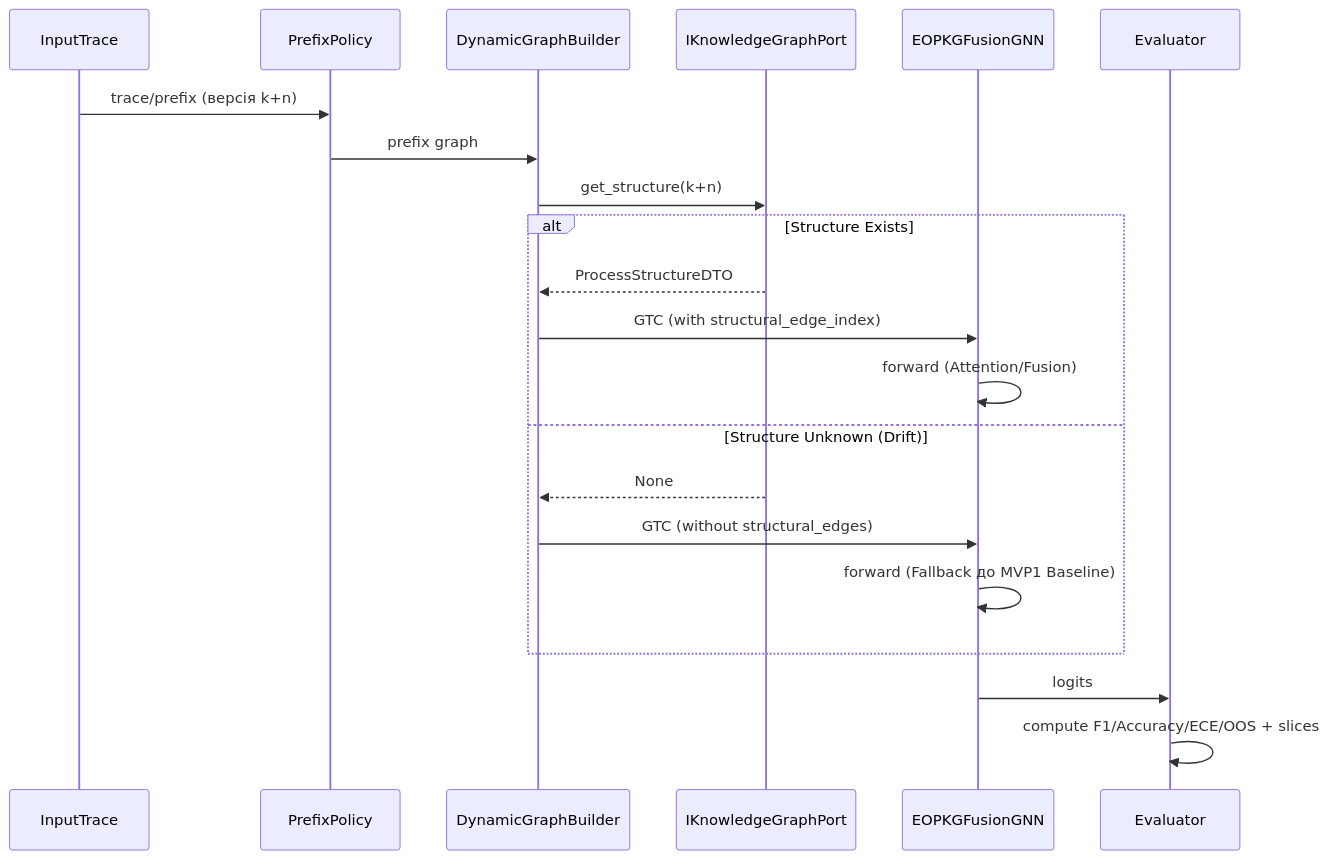
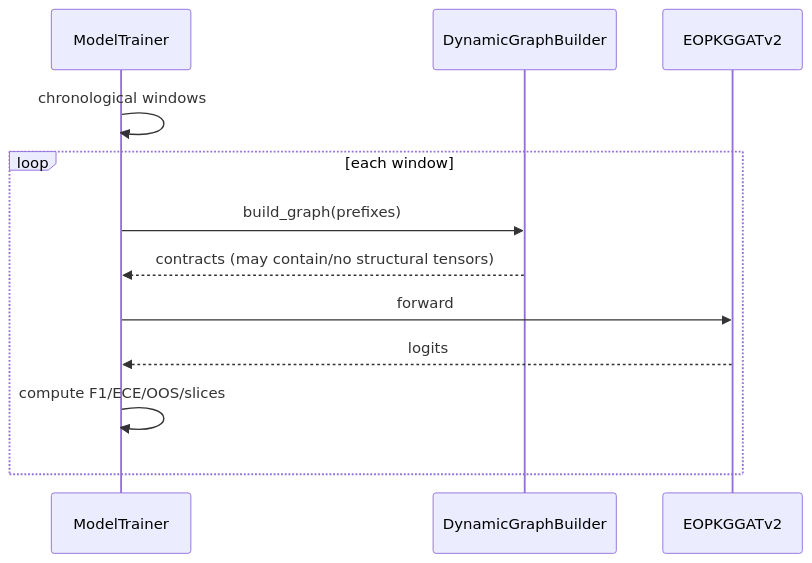
One commit to ghsrg/bpm_prediction changed the fifth of 5 diagrams in docs/ARCHITECTURE_MVP2.MD. Above: the diagram before and after it, drawn with Mermaid. The commit also changed other lines of this file and 4 other files, not shown here.

````diff
--- a/docs/ARCHITECTURE_MVP2.MD
+++ b/docs/ARCHITECTURE_MVP2.MD
@@ -173,26 +180,15 @@
 ```mermaid
 sequenceDiagram
-    participant InputTrace
-    participant PrefixPolicy
-    participant DynamicGraphBuilder
-    participant KGPort as IKnowledgeGraphPort
-    participant Model as EOPKGFusionGNN
-    participant Evaluator
+    participant R as ModelTrainer
+    participant D as DynamicGraphBuilder
+    participant M as EOPKGGATv2
 
-    InputTrace->>PrefixPolicy: trace/prefix (версія k+n)
-    PrefixPolicy->>DynamicGraphBuilder: prefix graph
-    DynamicGraphBuilder->>KGPort: get_structure(k+n)
-    
-    alt Structure Exists
-        KGPort-->>DynamicGraphBuilder: ProcessStructureDTO
-        DynamicGraphBuilder->>Model: GTC (with structural_edge_index)
-        Model->>Model: forward (Attention/Fusion)
-    else Structure Unknown (Drift)
-        KGPort-->>DynamicGraphBuilder: None
-        DynamicGraphBuilder->>Model: GTC (without structural_edges)
-        Model->>Model: forward (Fallback до MVP1 Baseline)
+    R->>R: chronological windows
+    loop each window
+      R->>D: build_graph(prefixes)
+      D-->>R: contracts (may contain/no structural tensors)
+      R->>M: forward
+      M-->>R: logits
+      R->>R: compute F1/ECE/OOS/slices
     end
-    
-    Model->>Evaluator: logits
-    Evaluator->>Evaluator: compute F1/Accuracy/ECE/OOS + slices
 ```
````
